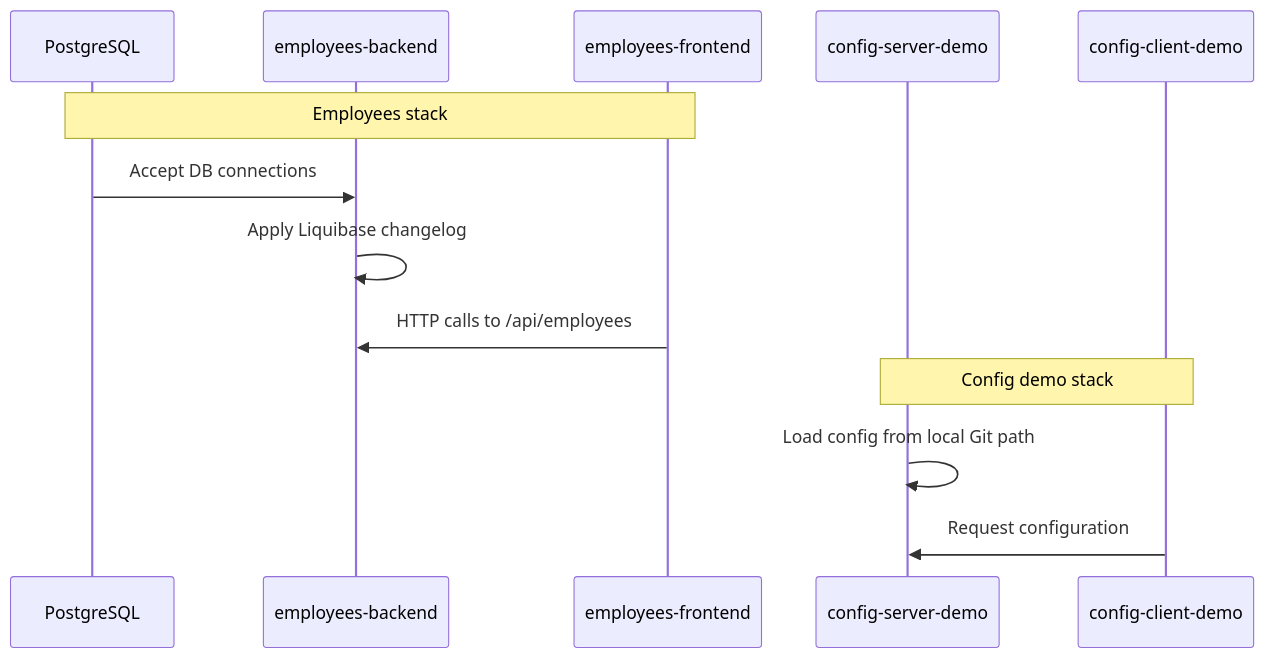
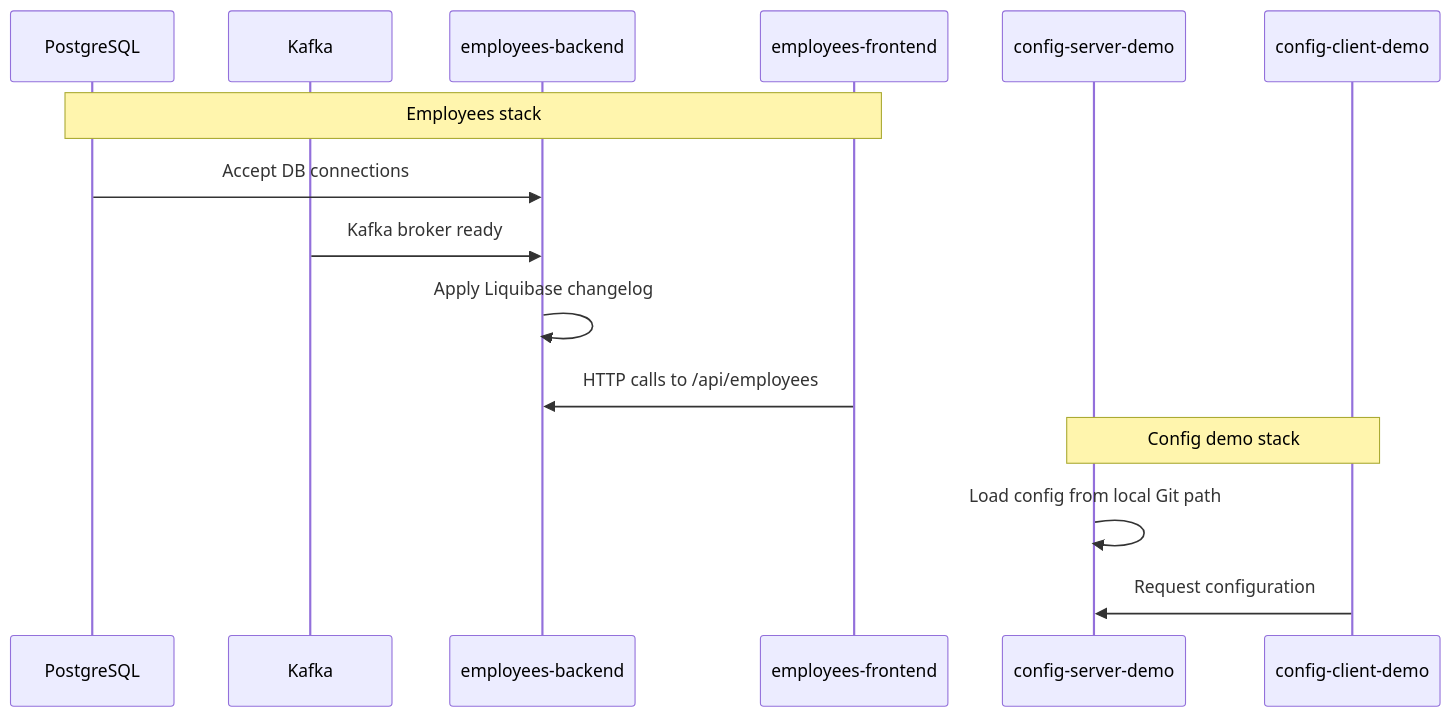
One commit to CSonTi04/javax-sc-2026-05-06 changed the second of 2 diagrams in README.md. Above: the diagram before and after it, drawn with Mermaid. The commit also changed other lines of this file, not shown here.

Commit message:
add Kafka and Kafdrop documentation to README

````diff
--- a/README.md
+++ b/README.md
@@ -98,17 +130,19 @@
 ```mermaid
 sequenceDiagram
-	participant DB as PostgreSQL
-	participant BE as employees-backend
-	participant FE as employees-frontend
-	participant CS as config-server-demo
-	participant CC as config-client-demo
+    participant DB as PostgreSQL
+    participant K as Kafka
+    participant BE as employees-backend
+    participant FE as employees-frontend
+    participant CS as config-server-demo
+    participant CC as config-client-demo
 
-	Note over DB,FE: Employees stack
-	DB->>BE: Accept DB connections
-	BE->>BE: Apply Liquibase changelog
-	FE->>BE: HTTP calls to /api/employees
+    Note over DB,FE: Employees stack
+    DB->>BE: Accept DB connections
+    K->>BE: Kafka broker ready
+    BE->>BE: Apply Liquibase changelog
+    FE->>BE: HTTP calls to /api/employees
 
-	Note over CS,CC: Config demo stack
-	CS->>CS: Load config from local Git path
-	CC->>CS: Request configuration
+    Note over CS,CC: Config demo stack
+    CS->>CS: Load config from local Git path
+    CC->>CS: Request configuration
 ```
````
